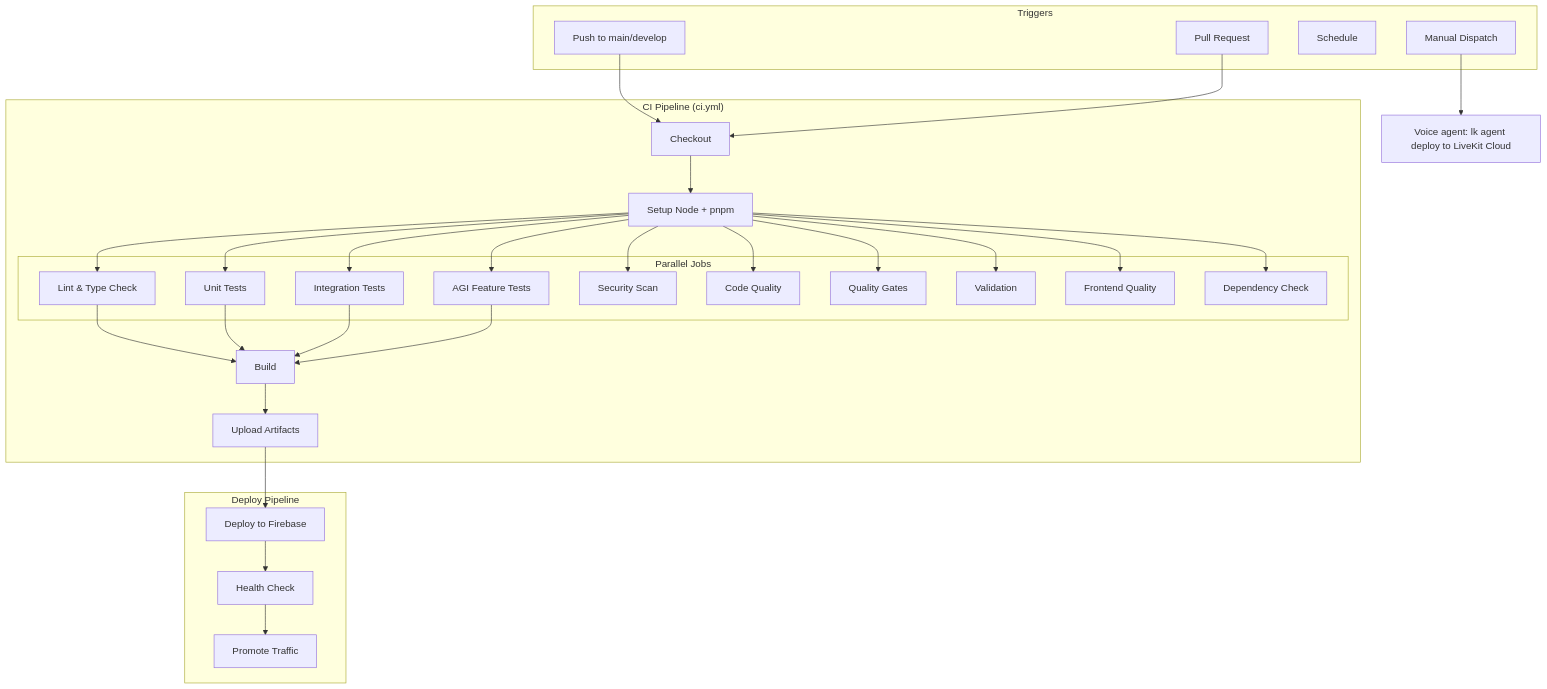
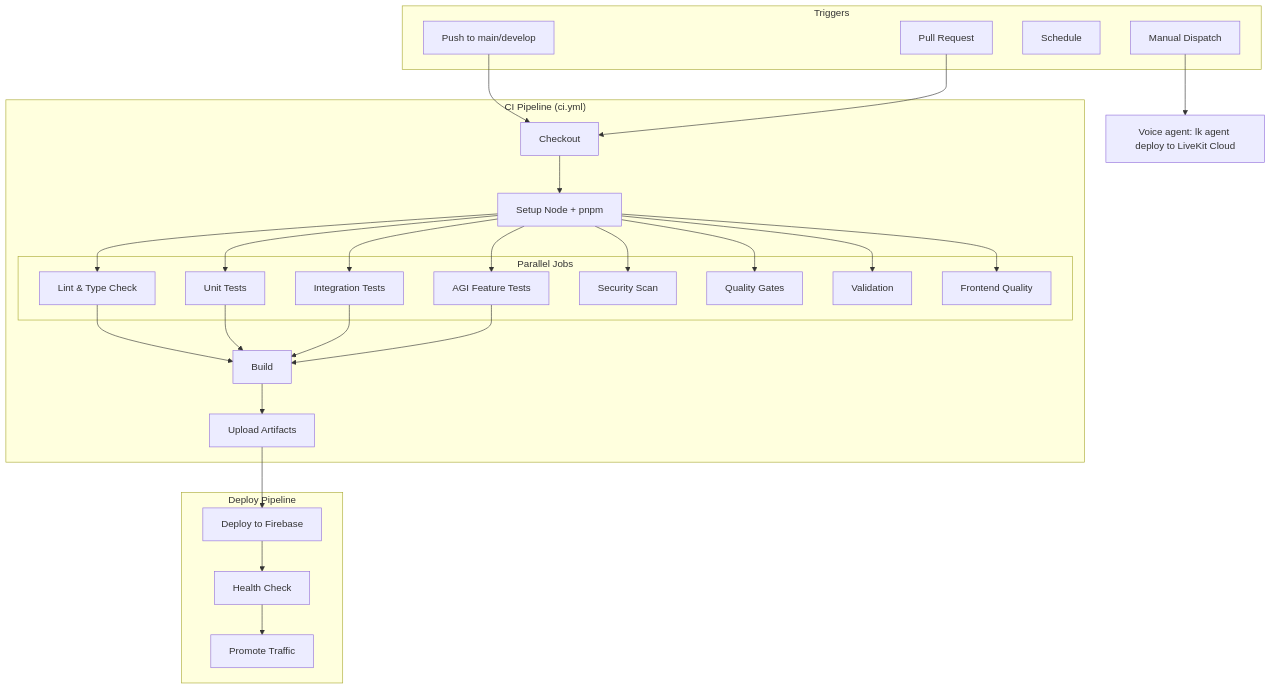
Before and after one commit to ferni-ai/voiceai: the first of 2 diagrams in docs/architecture/ci-deployment-current.md, drawn with Mermaid. The commit also changed 5 other files, not shown here.

````diff
--- a/docs/architecture/ci-deployment-current.md
+++ b/docs/architecture/ci-deployment-current.md
@@ -7,47 +7,45 @@
 ```mermaid
 flowchart TB
     subgraph Triggers
         push[Push to main/develop]
         pr[Pull Request]
         schedule[Schedule]
         manual[Manual Dispatch]
     end
 
     subgraph "CI Pipeline (ci.yml)"
         checkout[Checkout]
         setup[Setup Node + pnpm]
 
         subgraph "Parallel Jobs"
             lint[Lint & Type Check]
             unit[Unit Tests]
             integration[Integration Tests]
             agi[AGI Feature Tests]
             security[Security Scan]
-            quality[Code Quality]
             gates[Quality Gates]
             validation[Validation]
             frontend[Frontend Quality]
-            deps[Dependency Check]
         end
 
         build[Build]
         artifacts[Upload Artifacts]
     end
 
     subgraph "Deploy Pipeline"
         deploy_firebase[Deploy to Firebase]
         health[Health Check]
         promote[Promote Traffic]
     end
 
     push --> checkout
     pr --> checkout
     checkout --> setup
-    setup --> lint & unit & integration & agi & security & quality & gates & validation & frontend & deps
+    setup --> lint & unit & integration & agi & security & gates & validation & frontend
     lint & unit & integration & agi --> build
     build --> artifacts
     artifacts --> deploy_firebase
     deploy_firebase --> health
     health --> promote
     manual --> deploy_agent[Voice agent: lk agent deploy to LiveKit Cloud]
 ```
````
